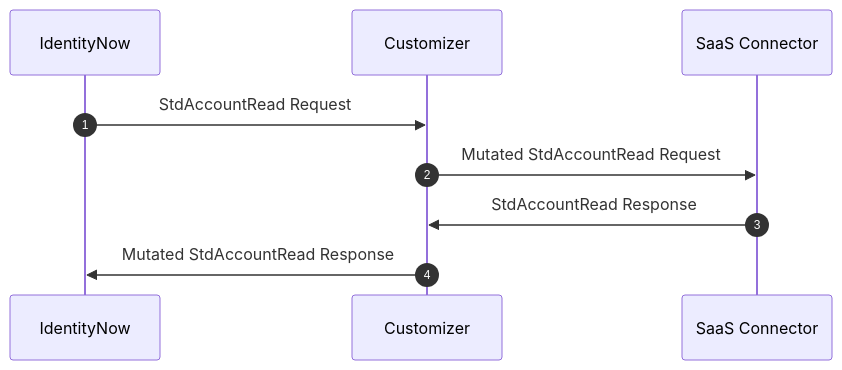
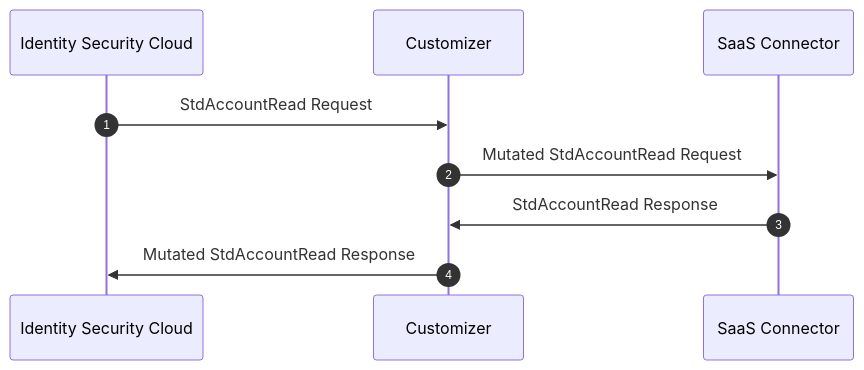
Before and after one commit to sailpoint-oss/developer.sailpoint.com: the diagram in docs/connectivity/saas-connectivity/connector-customizers/index.md, drawn with Mermaid. The commit also changed other lines of this file and 93 other files, not shown here.

Commit message:
Add more redirects, update docs with Identity Security Cloud

````diff
--- a/docs/connectivity/saas-connectivity/connector-customizers/index.md
+++ b/docs/connectivity/saas-connectivity/connector-customizers/index.md
@@ -26,13 +26,13 @@
 ```mermaid
 sequenceDiagram
     autonumber
-    participant IDN as IdentityNow
+    participant ISC as Identity Security Cloud
     participant CUS as Customizer
     participant CON as SaaS Connector
 
-    IDN->>CUS: StdAccountRead Request
+    ISC->>CUS: StdAccountRead Request
     CUS->>CON: Mutated StdAccountRead Request
     CON->>CUS: StdAccountRead Response
-    CUS->>IDN: Mutated StdAccountRead Response
+    CUS->>ISC: Mutated StdAccountRead Response
 
 ```
````
